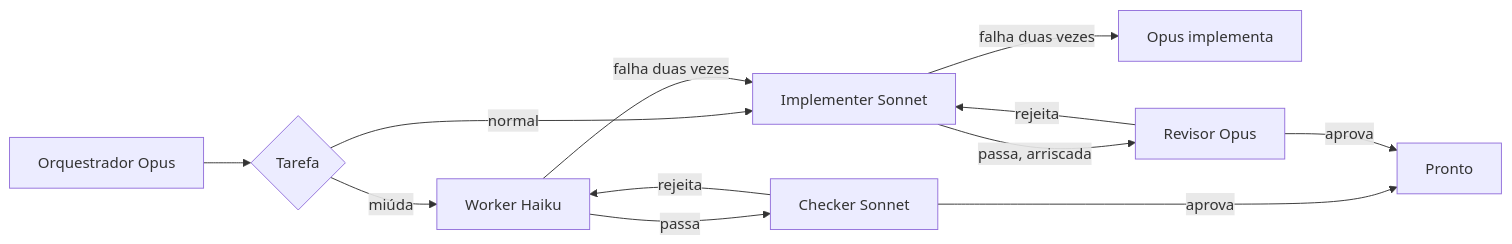
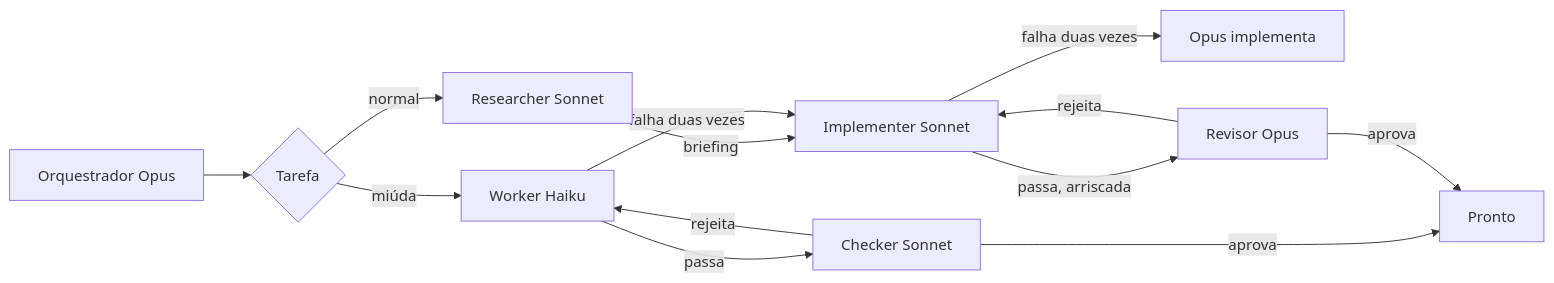
One commit to edsoncantuaria/cc-tiers changed the diagram in README.pt-BR.md. Above: the diagram before and after it, drawn with Mermaid. The commit also changed other lines of this file and 5 other files, not shown here.

````diff
--- a/README.pt-BR.md
+++ b/README.pt-BR.md
@@ -54,14 +55,15 @@
 ```mermaid
 flowchart LR
     A[Orquestrador Opus] --> B{Tarefa}
     B -- miúda --> C[Worker Haiku]
-    B -- normal --> D[Implementer Sonnet]
+    B -- normal --> R[Researcher Sonnet]
+    R -- briefing --> D[Implementer Sonnet]
     C -- falha duas vezes --> D
     D -- falha duas vezes --> E[Opus implementa]
     C -- passa --> H[Checker Sonnet]
     D -- passa, arriscada --> F[Revisor Opus]
     H -- rejeita --> C
     F -- rejeita --> D
     H -- aprova --> G[Pronto]
     F -- aprova --> G
 ```
````
